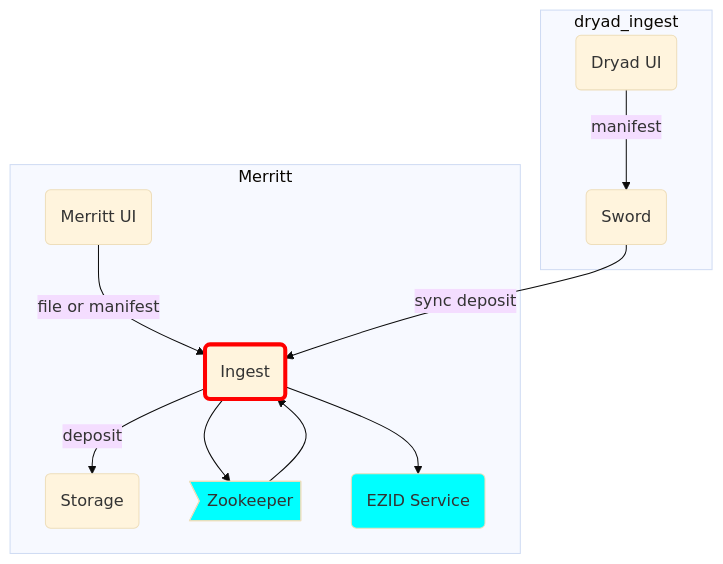
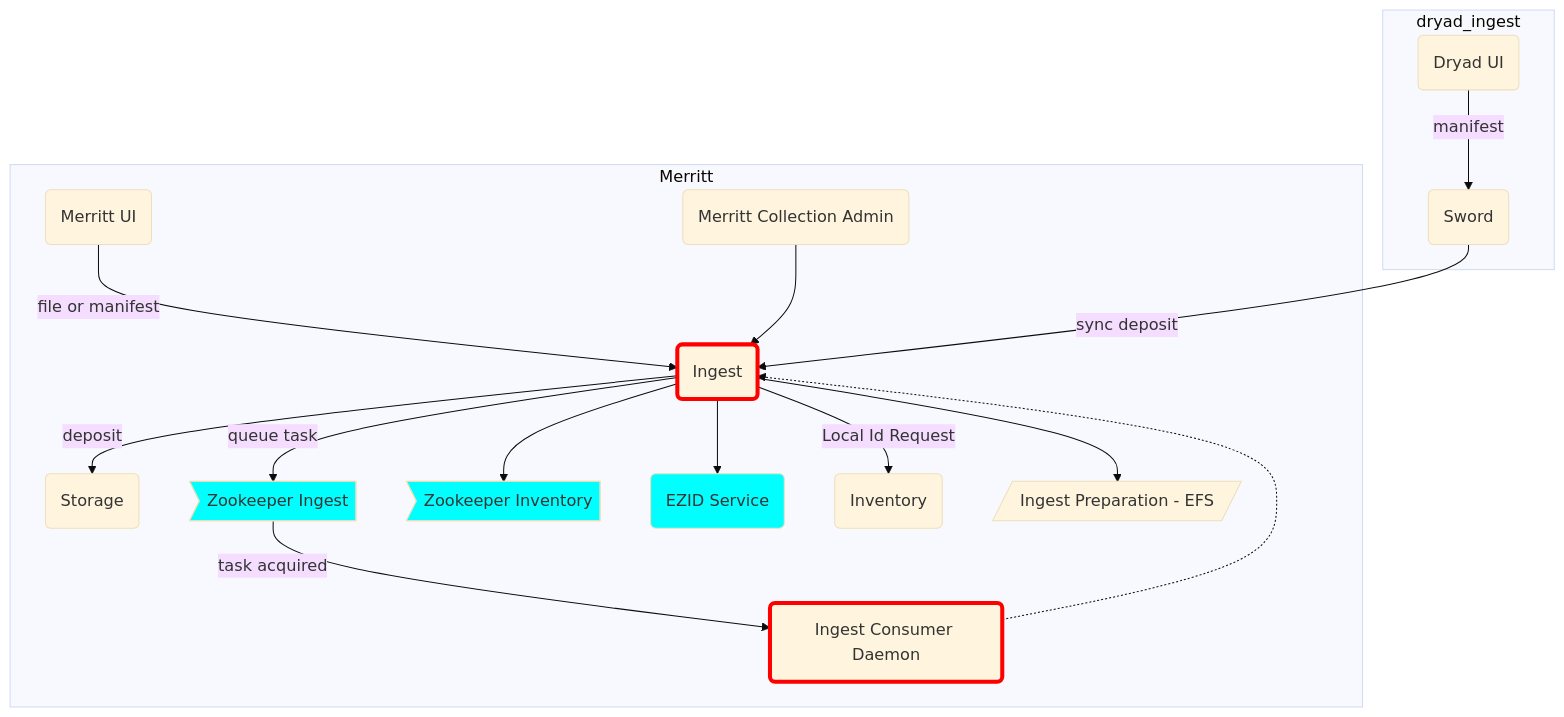
One commit to CDLUC3/mrt-doc changed the diagram in diagrams/ingest.mmd. Above: the diagram before and after it, drawn with Mermaid. The commit also changed 15 other files, not shown here.

Commit message:
diagram updates

```diff
--- a/diagrams/ingest.mmd
+++ b/diagrams/ingest.mmd
@@ -1,25 +1,37 @@
 %%{init: {'theme': 'base'}}%%
 graph TD
   UI("Merritt UI")
   ING(Ingest)
+  INGCON(Ingest Consumer Daemon)
   ST(Storage)
-  ZOO>Zookeeper]
+  ZOOING>Zookeeper Ingest]
+  ZOOINV>Zookeeper Inventory]
   EZID(EZID Service)
+  INV(Inventory)
   DRYAD(Dryad UI)
   SWORD(Sword)
+  EFS[/Ingest Preparation - EFS/]
+  COLLAD(Merritt Collection Admin)
 
   subgraph Merritt
     UI --> |"file or manifest"| ING
     ING --> |deposit| ST
-    ING --> ZOO
-    ZOO --> ING
+    ING --> |queue task| ZOOING
+    ING --> ZOOINV
+    ING --> EFS
+    ING --> |Local Id Request| INV
+    ZOOING --> |task acquired| INGCON
+    INGCON -.-> ING
     ING --> EZID
+    COLLAD --> ING
   end
   subgraph dryad_ingest
     DRYAD --> |manifest| SWORD
     SWORD --> |sync deposit| ING
   end
 
-  style ZOO fill:cyan
+  style ZOOING fill:cyan
+  style ZOOINV fill:cyan
   style EZID fill:cyan
   style ING stroke:red,stroke-width:4px
+  style INGCON stroke:red,stroke-width:4px
```
